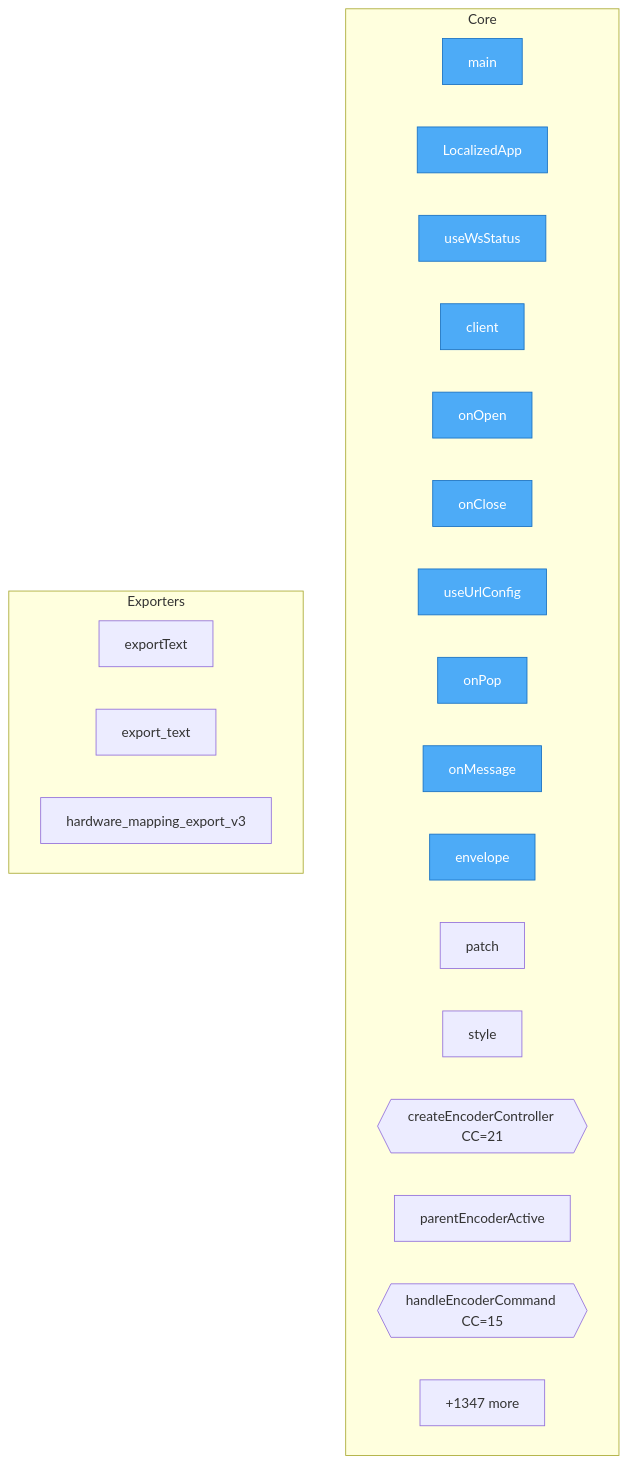
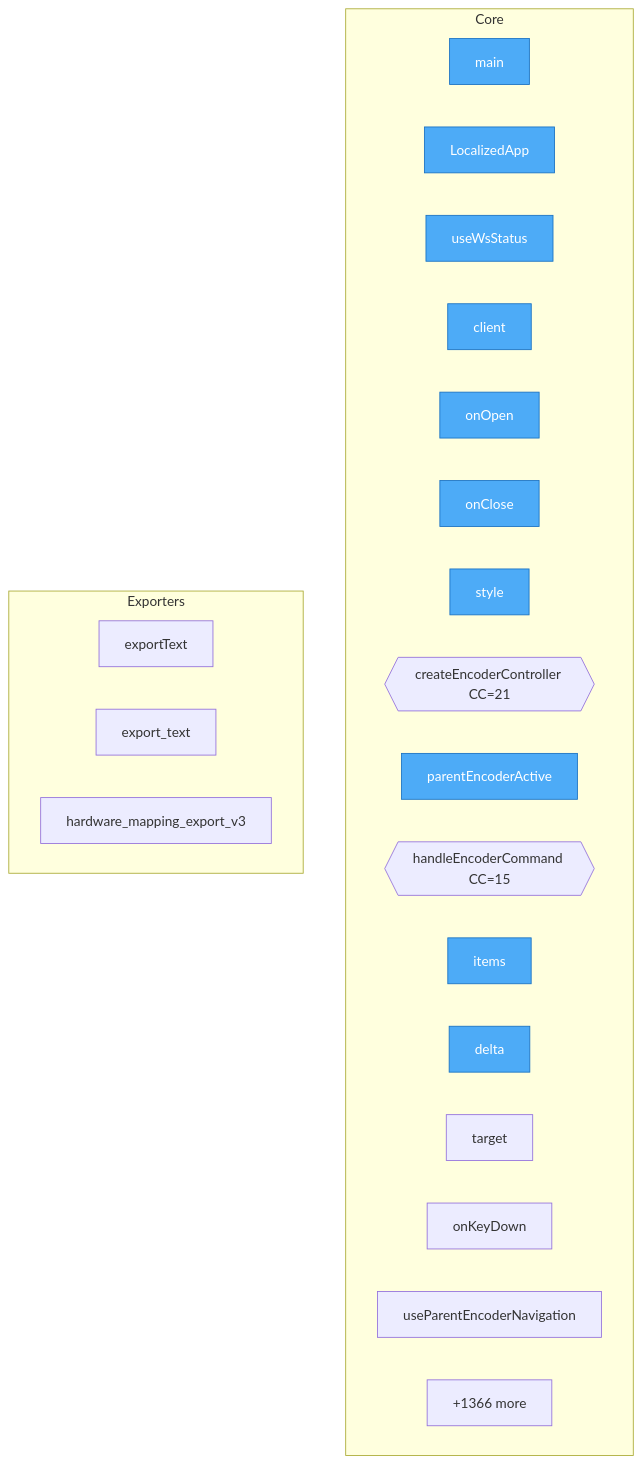
One commit to oqlos/oqlos changed the diagram in project/flow.mmd. Above: the diagram before and after it, drawn with Mermaid. The commit also changed 51 other files, not shown here.

```diff
--- a/project/flow.mmd
+++ b/project/flow.mmd
@@ -1,32 +1,32 @@
 flowchart TD
-%% generated in 0.03s
+%% generated in 0.04s
 
     %% Entry points (blue)
     classDef entry fill:#4dabf7,stroke:#1971c2,color:#fff
 
     subgraph Core
         setup_hardware_and_run_oql__main["main"]
         frontend__src__main__LocalizedApp["LocalizedApp"]
         frontend__src__hooks__useWsStatus__useWsStatus["useWsStatus"]
         frontend__src__hooks__useWsStatus__client["client"]
         frontend__src__hooks__useWsStatus__onOpen["onOpen"]
         frontend__src__hooks__useWsStatus__onClose["onClose"]
-        frontend__src__hooks__useUrlConfig__useUrlConfig["useUrlConfig"]
-        frontend__src__hooks__useUrlConfig__onPop["onPop"]
-        frontend__src__hooks__useUrlConfig__onMessage["onMessage"]
-        frontend__src__hooks__useUrlConfig__envelope["envelope"]
-        frontend__src__hooks__useUrlConfig__patch["patch"]
         frontend__src__hooks__useParentEncoderNavigation__style["style"]
         frontend__src__hooks__useParentEncoderNavigation__createEncoderController{{createEncoderController CC=21}}
         frontend__src__hooks__useParentEncoderNavigation__parentEncoderActive["parentEncoderActive"]
         frontend__src__hooks__useParentEncoderNavigation__handleEncoderCommand{{handleEncoderCommand CC=15}}
-        ...["+1347 more"]
+        frontend__src__hooks__useParentEncoderNavigation__items["items"]
+        frontend__src__hooks__useParentEncoderNavigation__delta["delta"]
+        frontend__src__hooks__useParentEncoderNavigation__target["target"]
+        frontend__src__hooks__useParentEncoderNavigation__onKeyDown["onKeyDown"]
+        frontend__src__hooks__useParentEncoderNavigation__useParentEncoderNavigation["useParentEncoderNavigation"]
+        ...["+1366 more"]
     end
 
     subgraph Exporters
         frontend__src__pages__HardwareRestart__exportText["exportText"]
         oqlos__api__hardware_mapping_store__MappingStore__export_text["export_text"]
         oqlos__api___hw3_mapping__hardware_mapping_export_v3["hardware_mapping_export_v3"]
     end
 
-    class setup_hardware_and_run_oql__main,frontend__src__main__LocalizedApp,frontend__src__hooks__useWsStatus__useWsStatus,frontend__src__hooks__useWsStatus__client,frontend__src__hooks__useWsStatus__onOpen,frontend__src__hooks__useWsStatus__onClose,frontend__src__hooks__useUrlConfig__useUrlConfig,frontend__src__hooks__useUrlConfig__onPop,frontend__src__hooks__useUrlConfig__onMessage,frontend__src__hooks__useUrlConfig__envelope entry
+    class setup_hardware_and_run_oql__main,frontend__src__main__LocalizedApp,frontend__src__hooks__useWsStatus__useWsStatus,frontend__src__hooks__useWsStatus__client,frontend__src__hooks__useWsStatus__onOpen,frontend__src__hooks__useWsStatus__onClose,frontend__src__hooks__useParentEncoderNavigation__style,frontend__src__hooks__useParentEncoderNavigation__parentEncoderActive,frontend__src__hooks__useParentEncoderNavigation__items,frontend__src__hooks__useParentEncoderNavigation__delta entry
```
